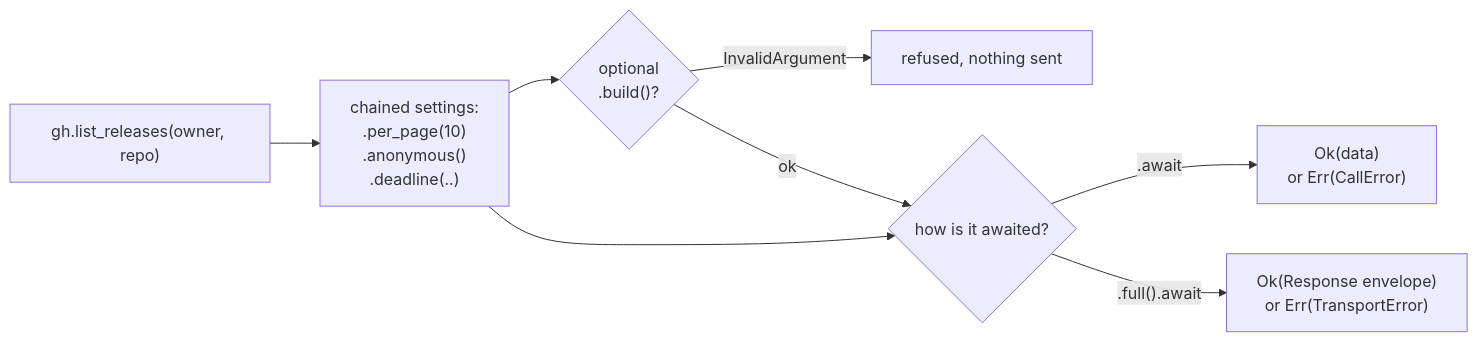
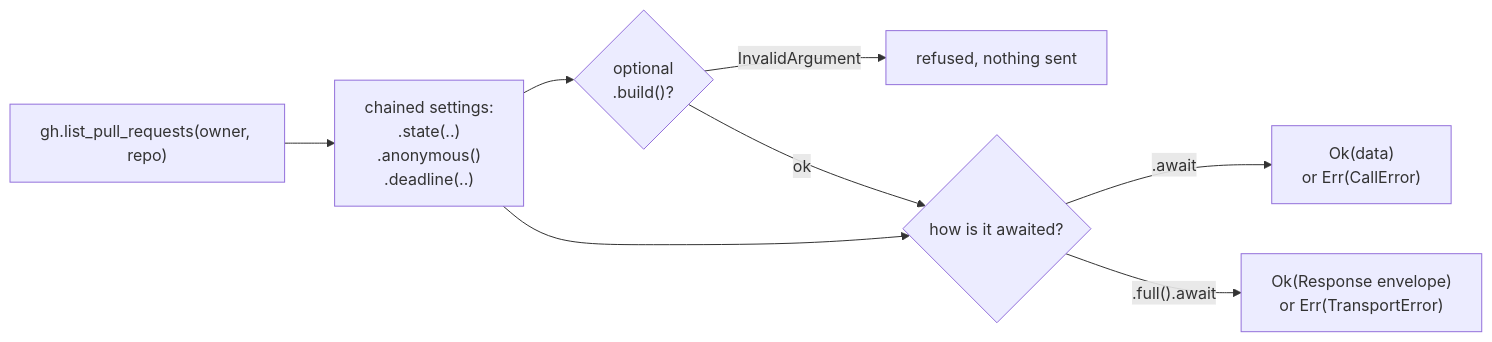
Before and after one commit to yankeeinlondon/rusty-biscuit: the diagram in schematic/docs/runtime/calling-an-api.md, drawn with Mermaid. The commit also changed other lines of this file and 119 other files, not shown here.

First line of the commit message:
feat(schematic): complete pagination across generated API clients

````diff
--- a/schematic/docs/runtime/calling-an-api.md
+++ b/schematic/docs/runtime/calling-an-api.md
@@ -31,10 +32,10 @@
 ```mermaid
 flowchart LR
-    A["gh.list_releases(owner, repo)"] --> B["chained settings:<br/>.per_page(10)<br/>.anonymous()<br/>.deadline(..)"]
+    A["gh.list_pull_requests(owner, repo)"] --> B["chained settings:<br/>.state(..)<br/>.anonymous()<br/>.deadline(..)"]
     B --> C{"optional<br/>.build()?"}
     C -->|"InvalidArgument"| X["refused, nothing sent"]
     C -->|ok| D{"how is it awaited?"}
     B --> D
     D -->|".await"| E["Ok(data)<br/>or Err(CallError)"]
     D -->|".full().await"| F["Ok(Response envelope)<br/>or Err(TransportError)"]
 ```
````
